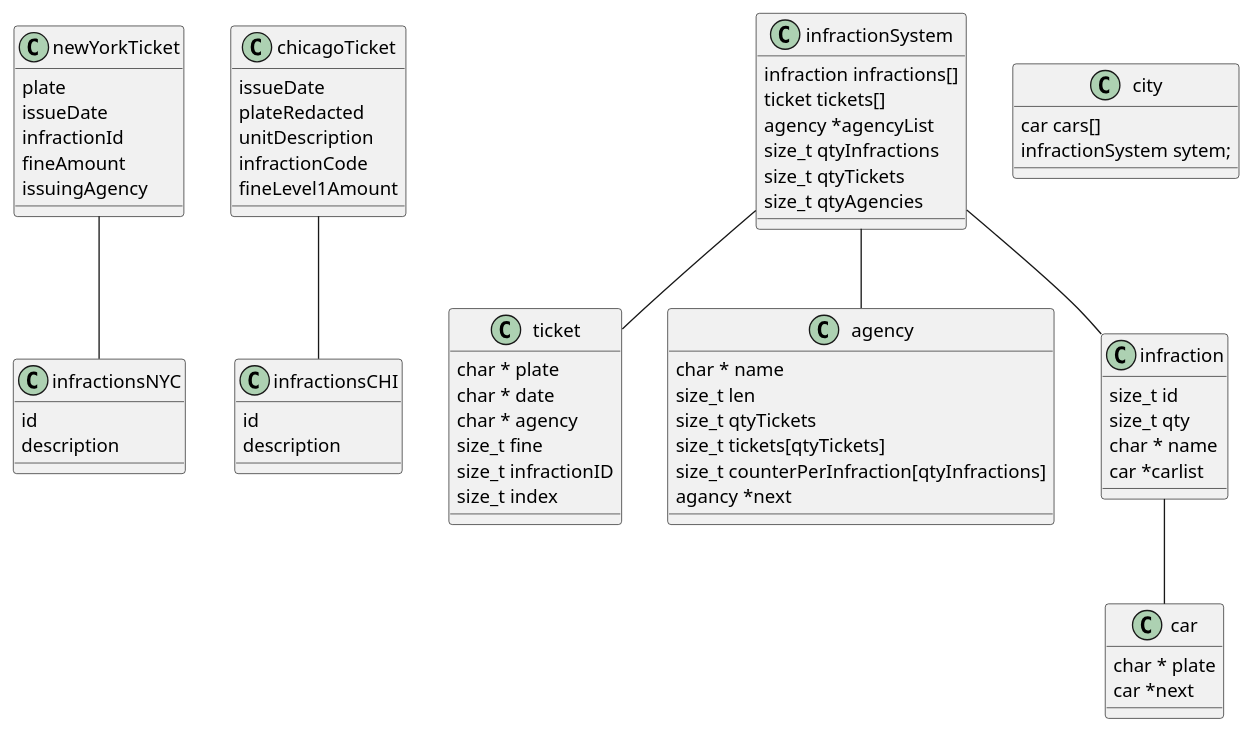
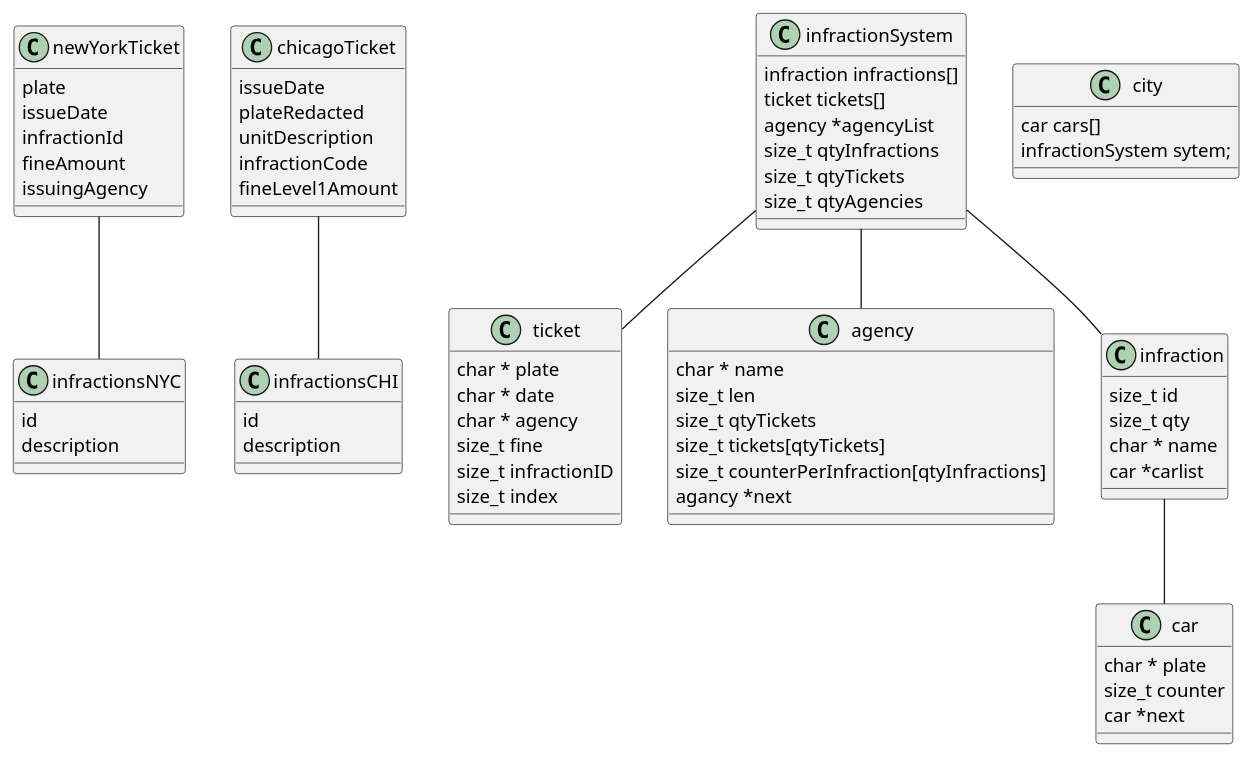
Before and after one commit to AugustoOspal/Proyecto_Final_PI: the diagram in structure_objects.puml, drawn with PlantUML.

Commit message:
Added a counter for car infractions

```diff
--- a/structure_objects.puml
+++ b/structure_objects.puml
@@ -1,93 +1,94 @@
 @startuml
 
 class newYorkTicket
 {
     plate
     issueDate
     infractionId
     fineAmount
     issuingAgency
 }
 
 class infractionsNYC
 {
     id
     description
 }
 
 class chicagoTicket
 {
     issueDate
     plateRedacted
     unitDescription
     infractionCode
     fineLevel1Amount
 }
 
 class infractionsCHI
 {
     id
     description
 }
 
 class ticket
 {
     char * plate
     char * date
     char * agency
     size_t fine
     size_t infractionID
     size_t index
 }
 
 newYorkTicket -- infractionsNYC
 chicagoTicket -- infractionsCHI
 
 ' Ideas
 class city
 {
     car cars[]
     infractionSystem sytem;
 }
 
 class car
 {
     char * plate
+    size_t counter
     car *next
 }
 
 class agency
 {
     char * name
     size_t len
     'vector of positions for tickets in city
     size_t qtyTickets
     size_t tickets[qtyTickets]
     size_t counterPerInfraction[qtyInfractions]
     agancy *next
 }
 
 class infraction
 {
     size_t id
     size_t qty
     char * name
     car *carlist
 }
 
 class infractionSystem
 {
     infraction infractions[]
     ticket tickets[]
     agency *agencyList
     size_t qtyInfractions
     size_t qtyTickets
     size_t qtyAgencies
 }
 
 infractionSystem -- agency
 infractionSystem -- ticket
 infractionSystem -- infraction
 infraction -- car
 
 @enduml
```
